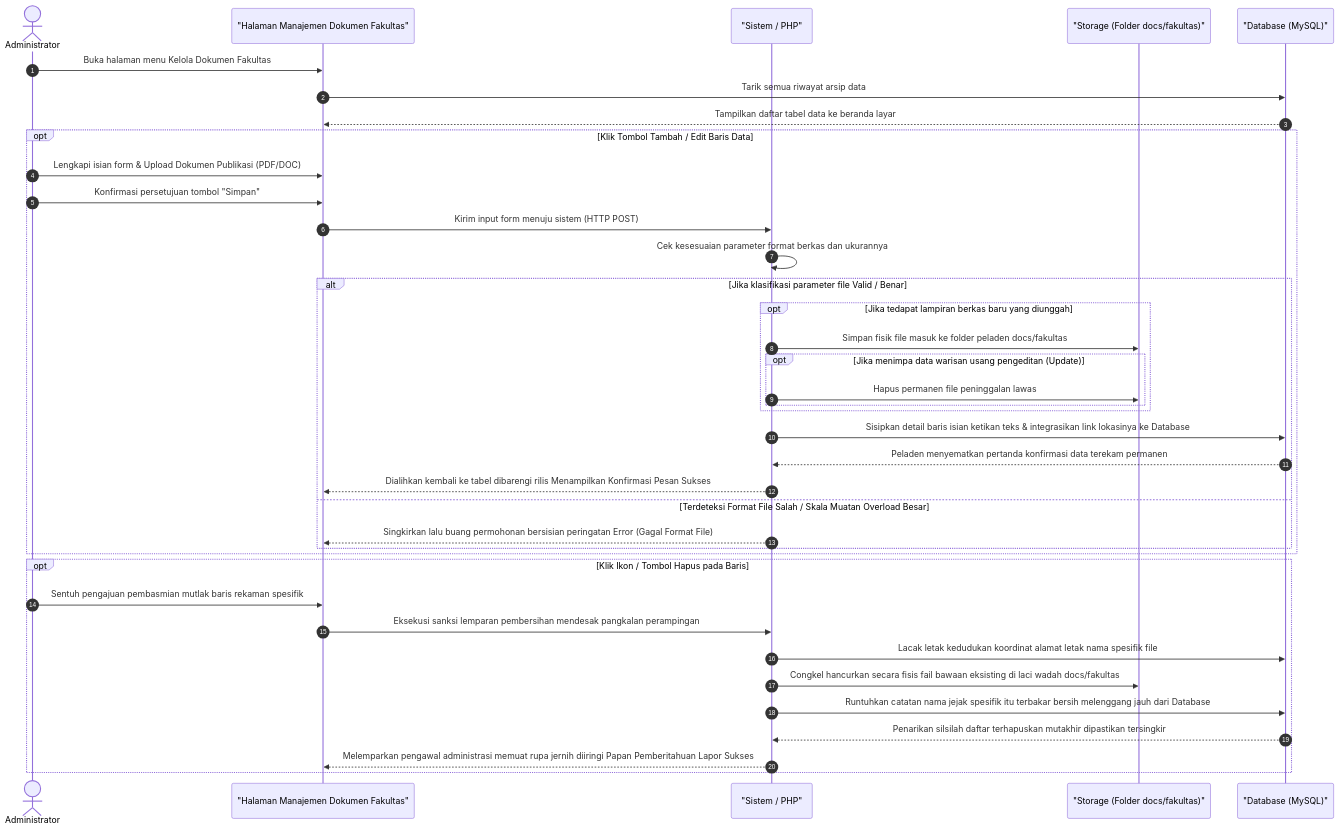
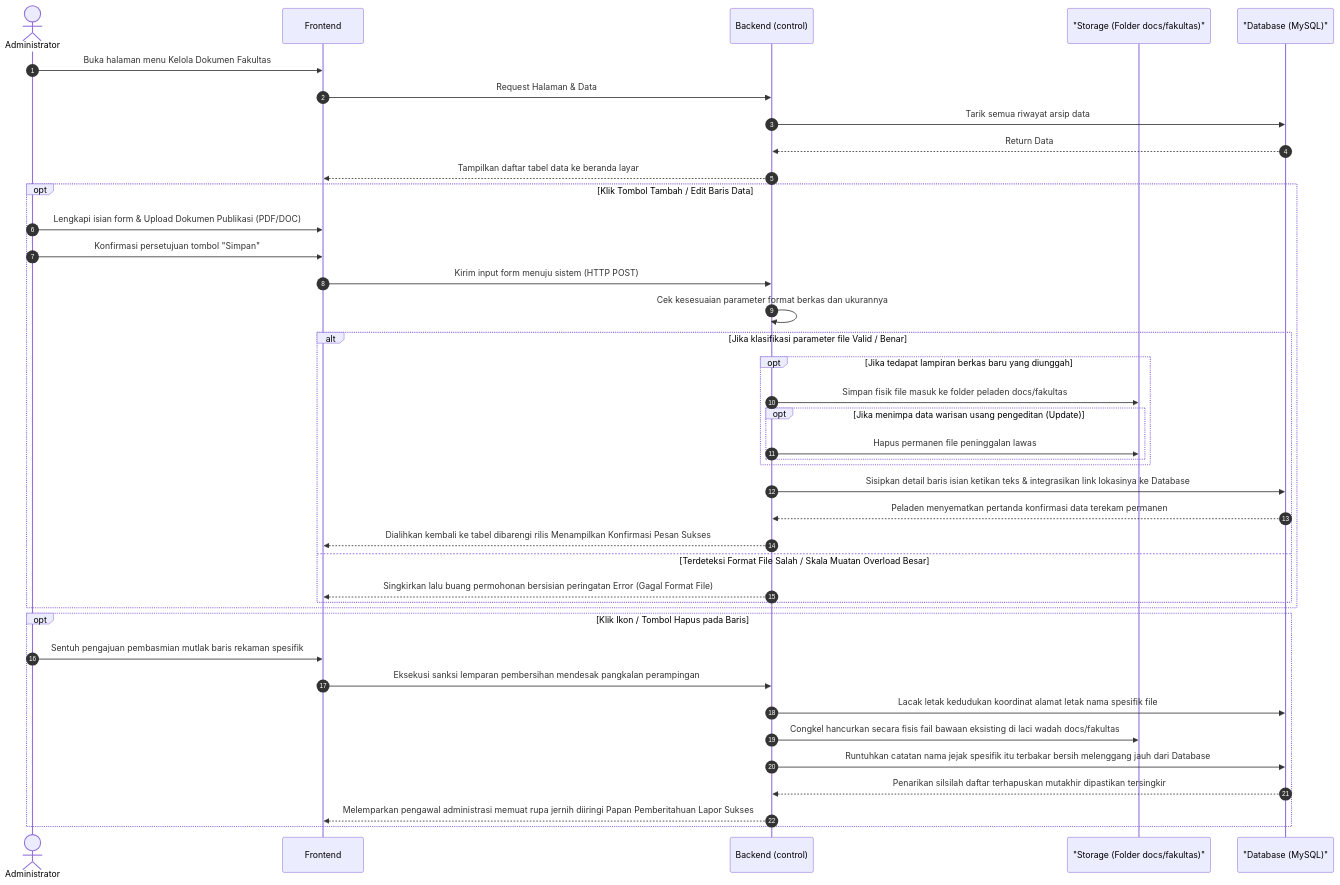
Diagram 12 of 17 in docs/kumpulan_sequence_backend.md (arbain-dev/Web_fikom), drawn with Mermaid before and after one commit. The commit also changed other lines of this file and 1 other file, not shown here.

Commit message:
docs: standardisasi arsitektur 3 tier (Frontend, Backend, DB) pada seluruh sequence diagram backend

````diff
--- a/docs/kumpulan_sequence_backend.md
+++ b/docs/kumpulan_sequence_backend.md
@@ -530,48 +550,50 @@
 ```mermaid
 sequenceDiagram
     autonumber
     actor Admin as Administrator
-    participant View as "Halaman Manajemen Dokumen Fakultas"
-    participant System as "Sistem / PHP"
+    participant Frontend
+    participant Backend as Backend (control)
     participant Server as "Storage (Folder docs/fakultas)"
     participant DB as "Database (MySQL)"
 
-    Admin->>View: Buka halaman menu Kelola Dokumen Fakultas
-    View->>DB: Tarik semua riwayat arsip data
-    DB-->>View: Tampilkan daftar tabel data ke beranda layar
+    Admin->>Frontend: Buka halaman menu Kelola Dokumen Fakultas
+    Frontend->>Backend: Request Halaman & Data
+    Backend->>DB: Tarik semua riwayat arsip data
+    DB-->>Backend: Return Data
+    Backend-->>Frontend: Tampilkan daftar tabel data ke beranda layar
 
     %% Proses Tambah / Edit
     opt Klik Tombol Tambah / Edit Baris Data
-        Admin->>View: Lengkapi isian form & Upload Dokumen Publikasi (PDF/DOC)
-        Admin->>View: Konfirmasi persetujuan tombol "Simpan"
-        View->>System: Kirim input form menuju sistem (HTTP POST)
+        Admin->>Frontend: Lengkapi isian form & Upload Dokumen Publikasi (PDF/DOC)
+        Admin->>Frontend: Konfirmasi persetujuan tombol "Simpan"
+        Frontend->>Backend: Kirim input form menuju sistem (HTTP POST)
 
-        System->>System: Cek kesesuaian parameter format berkas dan ukurannya
+        Backend->>Backend: Cek kesesuaian parameter format berkas dan ukurannya
         
         alt Jika klasifikasi parameter file Valid / Benar
             opt Jika tedapat lampiran berkas baru yang diunggah
-                System->>Server: Simpan fisik file masuk ke folder peladen docs/fakultas
+                Backend->>Server: Simpan fisik file masuk ke folder peladen docs/fakultas
                 opt Jika menimpa data warisan usang pengeditan (Update)
-                    System->>Server: Hapus permanen file peninggalan lawas
+                    Backend->>Server: Hapus permanen file peninggalan lawas
                 end
             end
             
-            System->>DB: Sisipkan detail baris isian ketikan teks & integrasikan link lokasinya ke Database
-            DB-->>System: Peladen menyematkan pertanda konfirmasi data terekam permanen
-            System-->>View: Dialihkan kembali ke tabel dibarengi rilis Menampilkan Konfirmasi Pesan Sukses
+            Backend->>DB: Sisipkan detail baris isian ketikan teks & integrasikan link lokasinya ke Database
+            DB-->>Backend: Peladen menyematkan pertanda konfirmasi data terekam permanen
+            Backend-->>Frontend: Dialihkan kembali ke tabel dibarengi rilis Menampilkan Konfirmasi Pesan Sukses
         else Terdeteksi Format File Salah / Skala Muatan Overload Besar
-            System-->>View: Singkirkan lalu buang permohonan bersisian peringatan Error (Gagal Format File)
+            Backend-->>Frontend: Singkirkan lalu buang permohonan bersisian peringatan Error (Gagal Format File)
         end
     end
 
     %% Proses Hapus
     opt Klik Ikon / Tombol Hapus pada Baris
-        Admin->>View: Sentuh pengajuan pembasmian mutlak baris rekaman spesifik
-        View->>System: Eksekusi sanksi lemparan pembersihan mendesak pangkalan perampingan
-        System->>DB: Lacak letak kedudukan koordinat alamat letak nama spesifik file 
-        System->>Server: Congkel hancurkan secara fisis fail bawaan eksisting di laci wadah docs/fakultas
-        System->>DB: Runtuhkan catatan nama jejak spesifik itu terbakar bersih melenggang jauh dari Database
-        DB-->>System: Penarikan silsilah daftar terhapuskan mutakhir dipastikan tersingkir
-        System-->>View: Melemparkan pengawal administrasi memuat rupa jernih diiringi Papan Pemberitahuan Lapor Sukses 
+        Admin->>Frontend: Sentuh pengajuan pembasmian mutlak baris rekaman spesifik
+        Frontend->>Backend: Eksekusi sanksi lemparan pembersihan mendesak pangkalan perampingan
+        Backend->>DB: Lacak letak kedudukan koordinat alamat letak nama spesifik file 
+        Backend->>Server: Congkel hancurkan secara fisis fail bawaan eksisting di laci wadah docs/fakultas
+        Backend->>DB: Runtuhkan catatan nama jejak spesifik itu terbakar bersih melenggang jauh dari Database
+        DB-->>Backend: Penarikan silsilah daftar terhapuskan mutakhir dipastikan tersingkir
+        Backend-->>Frontend: Melemparkan pengawal administrasi memuat rupa jernih diiringi Papan Pemberitahuan Lapor Sukses 
     end
 ```
````
